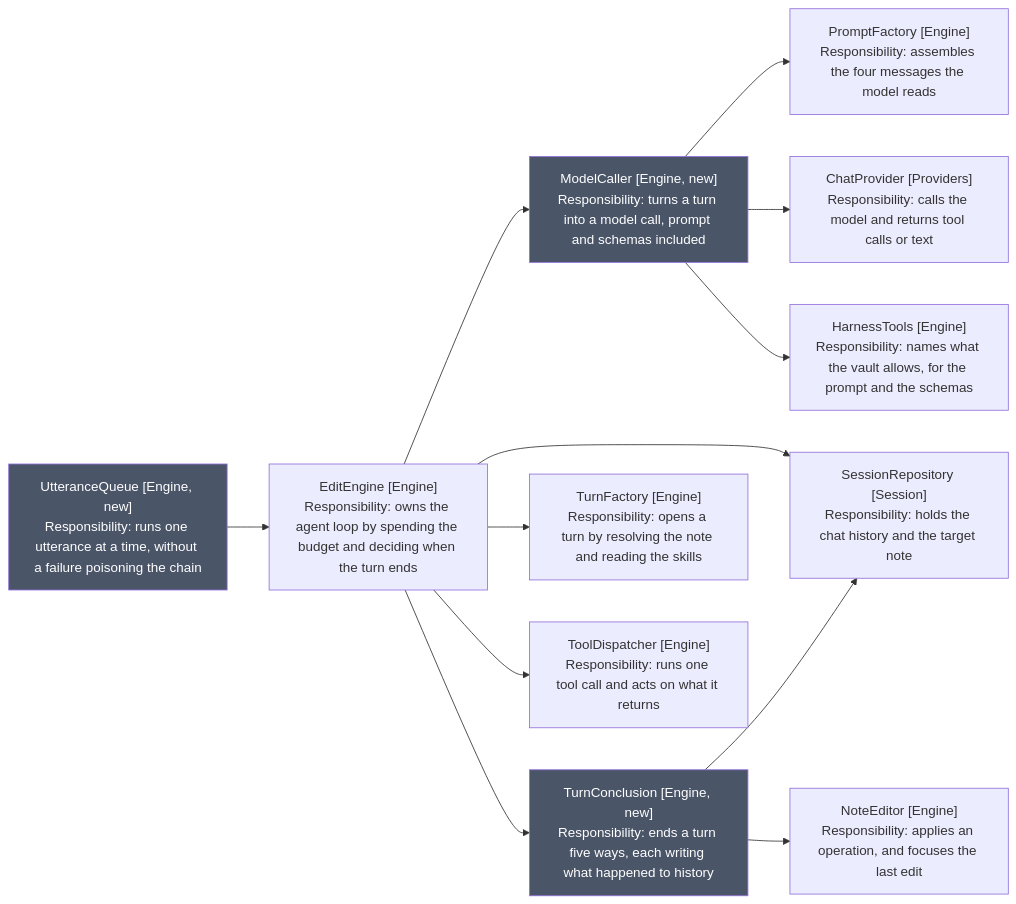
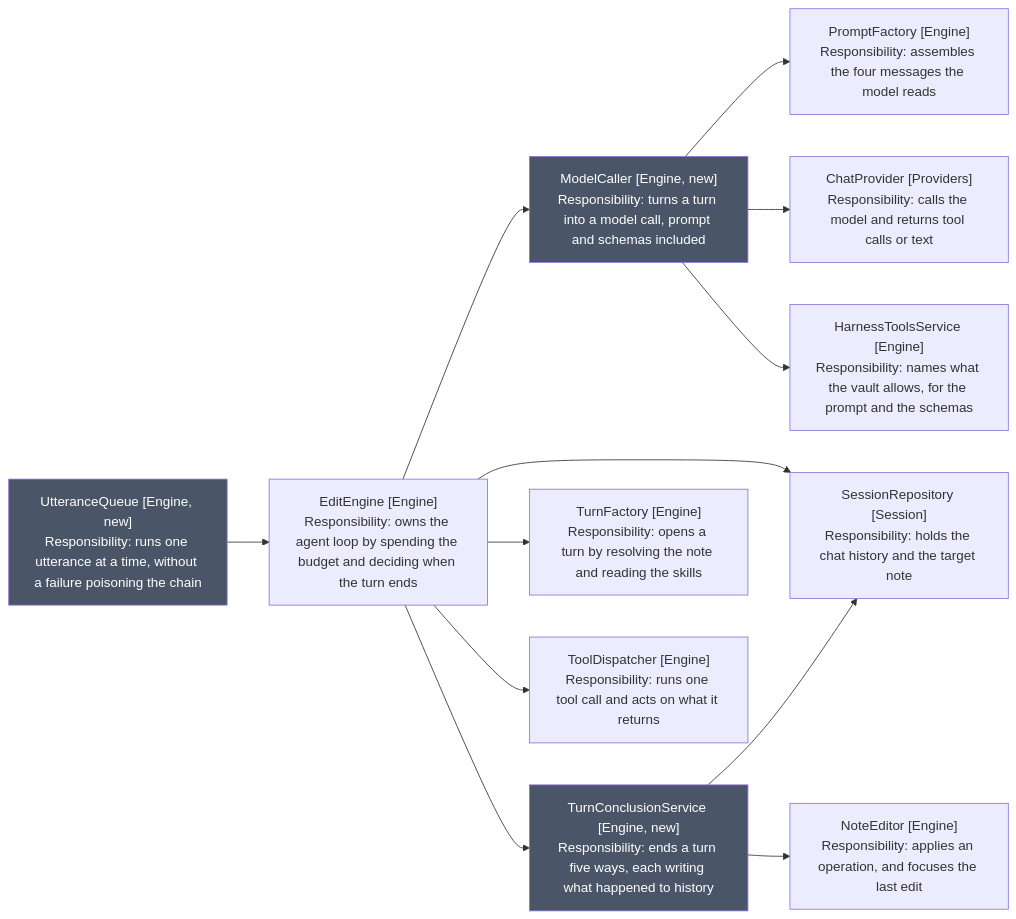
Before and after one commit to iparips/obsidian-owl: the second of 2 diagrams in docs/spec/16-oversized-files/4-edit-engine/3-diagrams.md, drawn with Mermaid. The commit also changed other lines of this file and 43 other files, not shown here.

````diff
--- a/docs/spec/16-oversized-files/4-edit-engine/3-diagrams.md
+++ b/docs/spec/16-oversized-files/4-edit-engine/3-diagrams.md
@@ -35,29 +35,29 @@
 ```mermaid
 flowchart LR
     UtteranceQueue["UtteranceQueue [Engine, new]<br/>Responsibility: runs one utterance at a time, without a failure poisoning the chain"]
     EditEngine["EditEngine [Engine]<br/>Responsibility: owns the agent loop by spending the budget and deciding when the turn ends"]
     ModelCaller["ModelCaller [Engine, new]<br/>Responsibility: turns a turn into a model call, prompt and schemas included"]
-    TurnConclusion["TurnConclusion [Engine, new]<br/>Responsibility: ends a turn five ways, each writing what happened to history"]
+    TurnConclusionService["TurnConclusionService [Engine, new]<br/>Responsibility: ends a turn five ways, each writing what happened to history"]
     TurnFactory["TurnFactory [Engine]<br/>Responsibility: opens a turn by resolving the note and reading the skills"]
     SessionRepository["SessionRepository [Session]<br/>Responsibility: holds the chat history and the target note"]
     PromptFactory["PromptFactory [Engine]<br/>Responsibility: assembles the four messages the model reads"]
     ChatProvider["ChatProvider [Providers]<br/>Responsibility: calls the model and returns tool calls or text"]
-    HarnessTools["HarnessTools [Engine]<br/>Responsibility: names what the vault allows, for the prompt and the schemas"]
+    HarnessToolsService["HarnessToolsService [Engine]<br/>Responsibility: names what the vault allows, for the prompt and the schemas"]
     NoteEditor["NoteEditor [Engine]<br/>Responsibility: applies an operation, and focuses the last edit"]
     ToolDispatcher["ToolDispatcher [Engine]<br/>Responsibility: runs one tool call and acts on what it returns"]
 
     UtteranceQueue --> EditEngine
     EditEngine --> TurnFactory
     EditEngine --> ModelCaller
-    EditEngine --> TurnConclusion
+    EditEngine --> TurnConclusionService
     EditEngine --> SessionRepository
     EditEngine --> ToolDispatcher
     ModelCaller --> PromptFactory
     ModelCaller --> ChatProvider
-    ModelCaller --> HarnessTools
-    TurnConclusion --> SessionRepository
-    TurnConclusion --> NoteEditor
+    ModelCaller --> HarnessToolsService
+    TurnConclusionService --> SessionRepository
+    TurnConclusionService --> NoteEditor
 
     classDef added fill:#4a5568,color:#fff
-    class UtteranceQueue,ModelCaller,TurnConclusion added
+    class UtteranceQueue,ModelCaller,TurnConclusionService added
 ```
````
